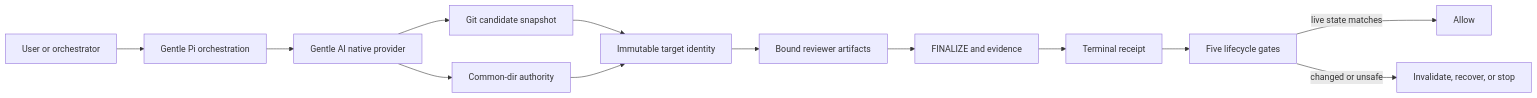
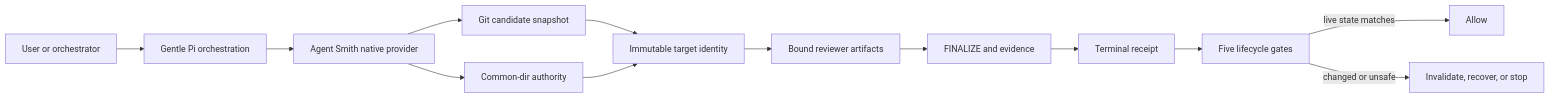
Before and after one commit to jonsanchezr/agent-smith: the first of 9 diagrams in docs/audits/2026-07-21-rdd-system-audit.md, drawn with Mermaid. The commit also changed other lines of this file and 1247 other files, not shown here.

Commit message:
feature - cambio de nombre del agente por Agent Smith y se integro speckit como opcion para flujo de desarrollo con ssd

````diff
--- a/docs/audits/2026-07-21-rdd-system-audit.md
+++ b/docs/audits/2026-07-21-rdd-system-audit.md
@@ -59,15 +59,15 @@
 ```mermaid
 flowchart LR
     U["User or orchestrator"] --> P["Gentle Pi orchestration"]
-    P --> B["Gentle AI native provider"]
+    P --> B["Agent Smith native provider"]
     B --> G["Git candidate snapshot"]
     B --> A["Common-dir authority"]
     G --> I["Immutable target identity"]
     A --> I
     I --> R["Bound reviewer artifacts"]
     R --> F["FINALIZE and evidence"]
     F --> T["Terminal receipt"]
     T --> L["Five lifecycle gates"]
     L -->|"live state matches"| OK["Allow"]
     L -->|"changed or unsafe"| X["Invalidate, recover, or stop"]
 ```
````
